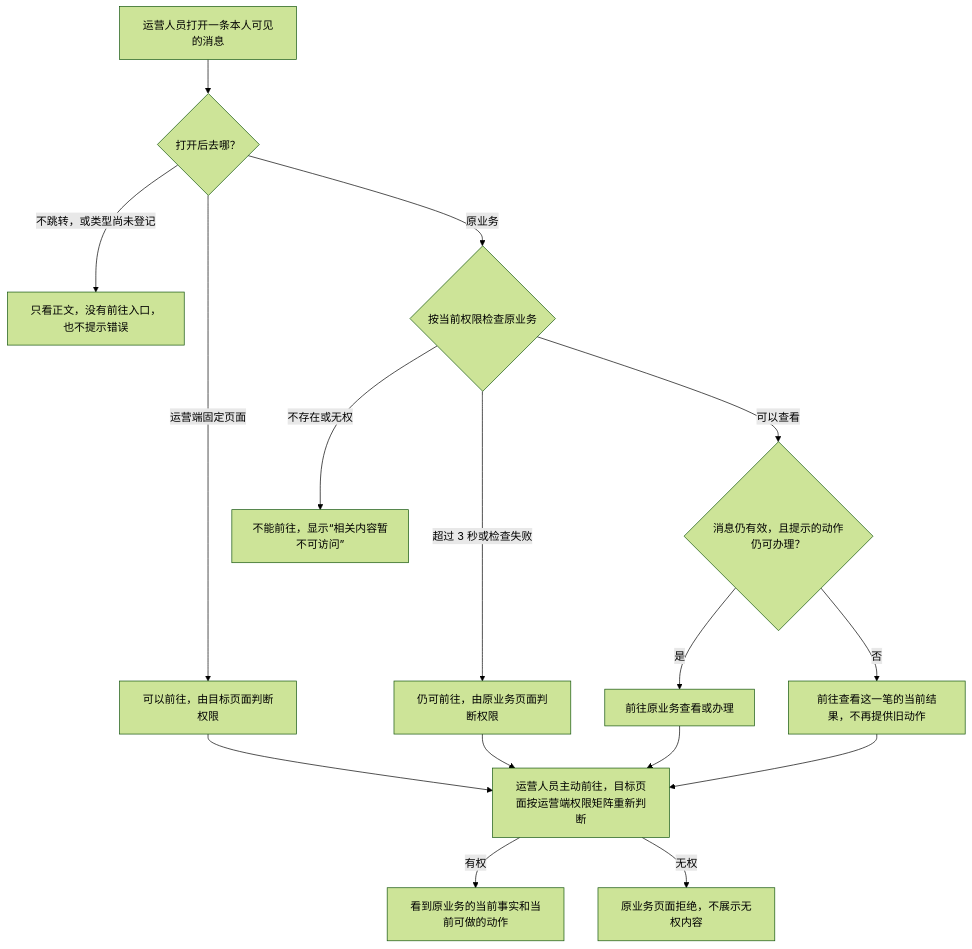
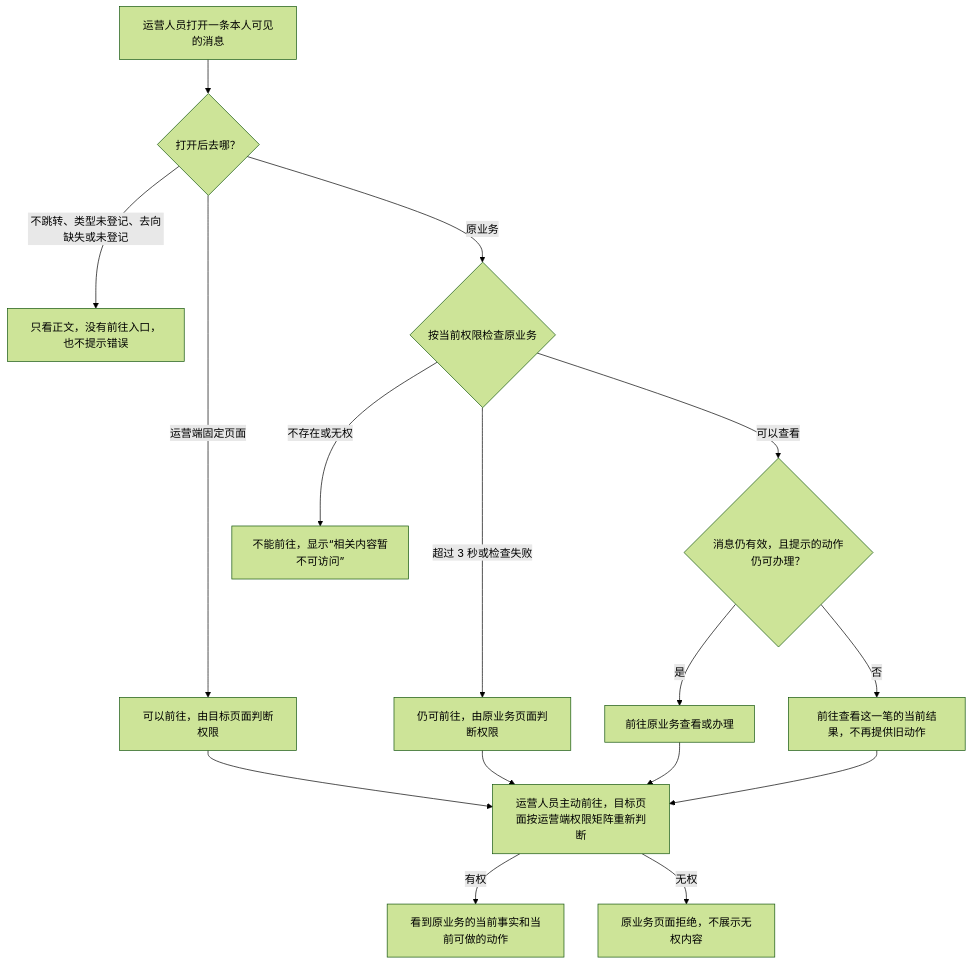
Before and after one commit to wxblockchain/Chain-Financing: the third of 7 diagrams in lending-platform/PRD/运营端/07-运营端消息通知/02-运营端消息通知-流程图与状态机.md, drawn with Mermaid (forest theme). The commit also changed other lines of this file and 3 other files, not shown here.

````diff
--- a/lending-platform/PRD/运营端/07-运营端消息通知/02-运营端消息通知-流程图与状态机.md
+++ b/lending-platform/PRD/运营端/07-运营端消息通知/02-运营端消息通知-流程图与状态机.md
@@ -69,18 +71,18 @@
 ```mermaid
 flowchart TD
     A["运营人员打开一条本人可见的消息"] --> B{"打开后去哪？"}
-    B -->|不跳转，或类型尚未登记| C["只看正文，没有前往入口，也不提示错误"]
+    B -->|不跳转、类型未登记、去向缺失或未登记| C["只看正文，没有前往入口，也不提示错误"]
     B -->|运营端固定页面| D["可以前往，由目标页面判断权限"]
     B -->|原业务| E{"按当前权限检查原业务"}
     E -->|不存在或无权| F["不能前往，显示“相关内容暂不可访问”"]
     E -->|超过 3 秒或检查失败| G["仍可前往，由原业务页面判断权限"]
     E -->|可以查看| H{"消息仍有效，且提示的动作仍可办理？"}
     H -->|是| I["前往原业务查看或办理"]
     H -->|否| J["前往查看这一笔的当前结果，不再提供旧动作"]
     D --> K["运营人员主动前往，目标页面按运营端权限矩阵重新判断"]
     G --> K
     I --> K
     J --> K
     K -->|有权| L["看到原业务的当前事实和当前可做的动作"]
     K -->|无权| M["原业务页面拒绝，不展示无权内容"]
 ```
````
